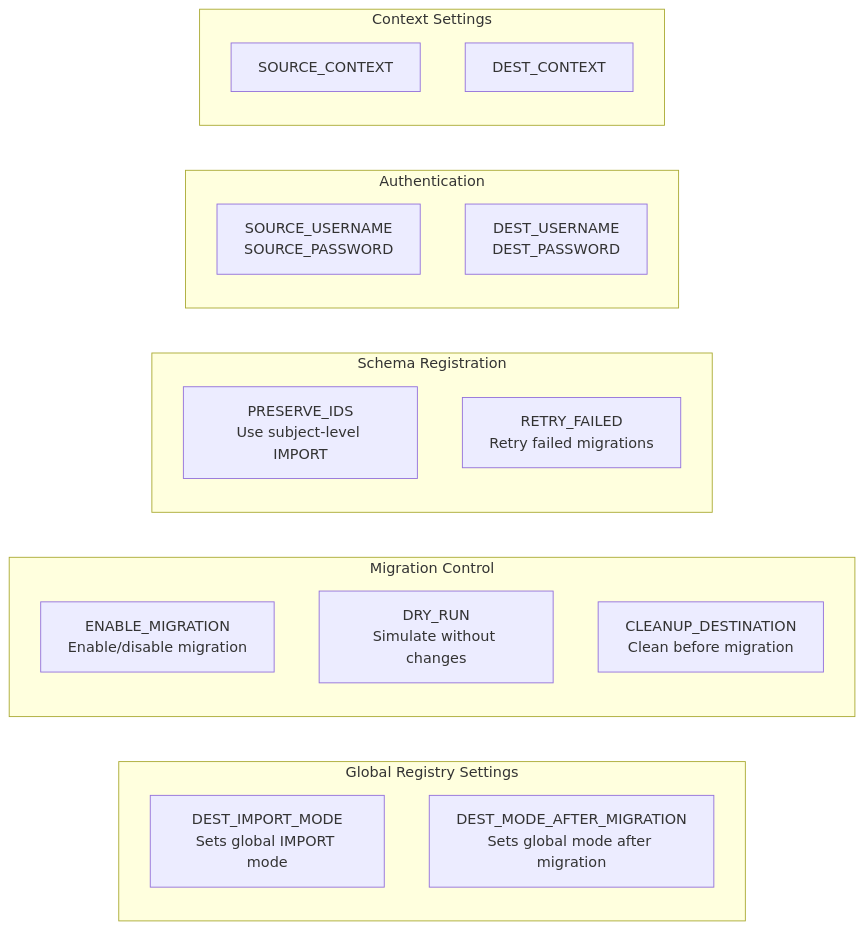
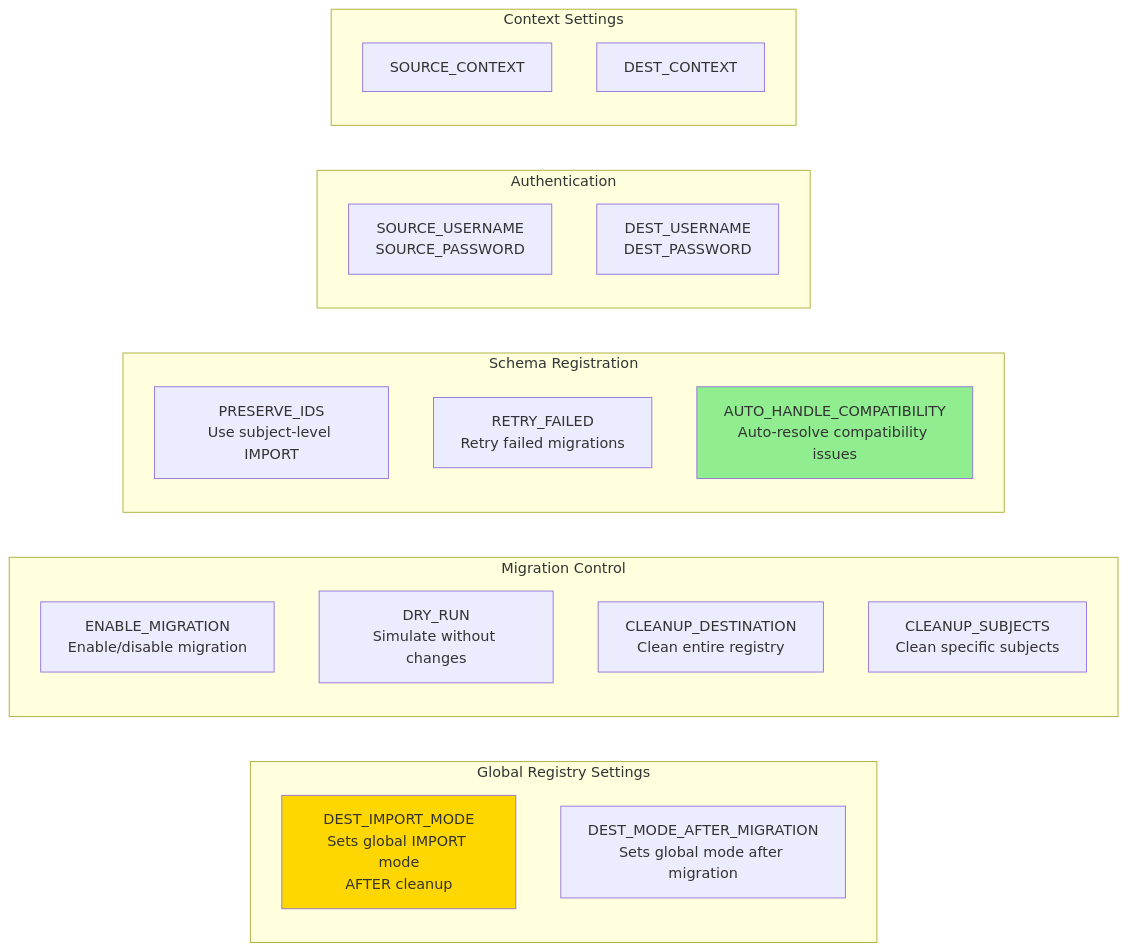
One commit to aywengo/kafka-schema-reg-migrator changed the third of 17 diagrams in migration-flow.md. Above: the diagram before and after it, drawn with Mermaid. The commit also changed other lines of this file and 4 other files, not shown here.

````diff
--- a/migration-flow.md
+++ b/migration-flow.md
@@ -122,28 +169,33 @@
 ```mermaid
 graph LR
     subgraph "Global Registry Settings"
-        DEST_IMPORT_MODE[DEST_IMPORT_MODE<br/>Sets global IMPORT mode]
+        DEST_IMPORT_MODE[DEST_IMPORT_MODE<br/>Sets global IMPORT mode<br/>AFTER cleanup]
         DEST_MODE_AFTER[DEST_MODE_AFTER_MIGRATION<br/>Sets global mode after migration]
     end
     
     subgraph "Migration Control"
         ENABLE_MIGRATION[ENABLE_MIGRATION<br/>Enable/disable migration]
         DRY_RUN[DRY_RUN<br/>Simulate without changes]
-        CLEANUP_DEST[CLEANUP_DESTINATION<br/>Clean before migration]
+        CLEANUP_DEST[CLEANUP_DESTINATION<br/>Clean entire registry]
+        CLEANUP_SUBJ[CLEANUP_SUBJECTS<br/>Clean specific subjects]
     end
     
     subgraph "Schema Registration"
         PRESERVE_IDS[PRESERVE_IDS<br/>Use subject-level IMPORT]
         RETRY_FAILED[RETRY_FAILED<br/>Retry failed migrations]
+        AUTO_COMPAT[AUTO_HANDLE_COMPATIBILITY<br/>Auto-resolve compatibility issues]
     end
     
     subgraph "Authentication"
         SOURCE_AUTH[SOURCE_USERNAME<br/>SOURCE_PASSWORD]
         DEST_AUTH[DEST_USERNAME<br/>DEST_PASSWORD]
     end
     
     subgraph "Context Settings"
         SOURCE_CTX[SOURCE_CONTEXT]
         DEST_CTX[DEST_CONTEXT]
     end
+    
+    style AUTO_COMPAT fill:#90EE90
+    style DEST_IMPORT_MODE fill:#ffd700
 ```
````
